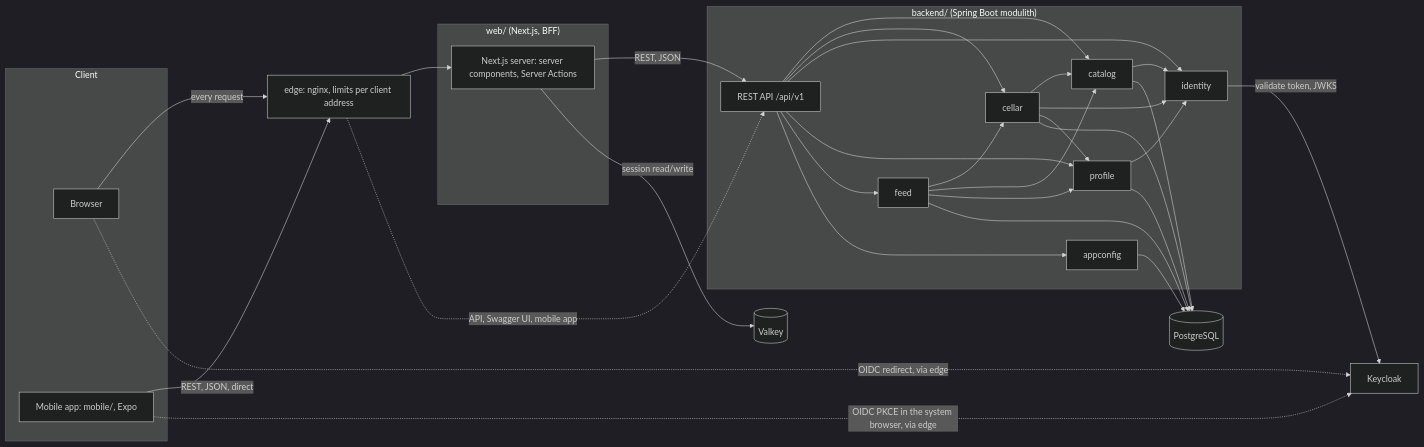
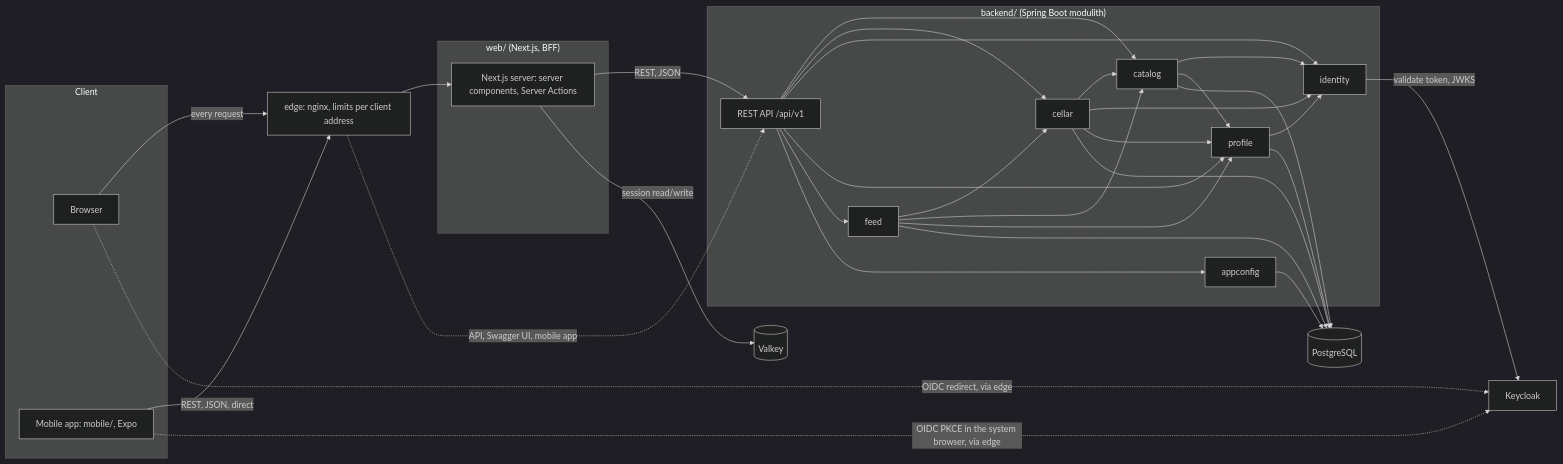
The diagram in docs/architecture.md (MiguelSombrero/kalia), drawn with Mermaid (dark theme) before and after one commit. The commit also changed other lines of this file and 28 other files, not shown here.

````diff
--- a/docs/architecture.md
+++ b/docs/architecture.md
@@ -43,34 +43,34 @@
 ```mermaid
 flowchart LR
     subgraph Client
         Browser
         App[Mobile app: mobile/, Expo]
     end
     subgraph Web["web/ (Next.js, BFF)"]
         NX[Next.js server: server components, Server Actions]
     end
     subgraph Backend["backend/ (Spring Boot modulith)"]
         API[REST API /api/v1]
         CAT[catalog]
         CEL[cellar]
         IDN[identity]
         PROF[profile]
         FED[feed]
         CFG[appconfig]
     end
     Browser -->|every request| EDGE[edge: nginx, limits per client address]
     App -->|REST, JSON, direct| EDGE
     EDGE --> NX
     EDGE -.->|API, Swagger UI, mobile app| API
     NX -->|REST, JSON| API
     API --> CAT & CEL & IDN & PROF & FED & CFG
-    CAT --> IDN
+    CAT --> IDN & PROF
     CEL --> CAT & IDN & PROF
     PROF --> IDN
     FED --> CEL & CAT & PROF
     CAT & CEL & PROF & FED & CFG --> PG[(PostgreSQL)]
     Browser -.->|OIDC redirect, via edge| KC[Keycloak]
     App -.->|OIDC PKCE in the system browser, via edge| KC
     NX -->|session read/write| VK[(Valkey)]
     IDN -->|validate token, JWKS| KC
 ```
````
